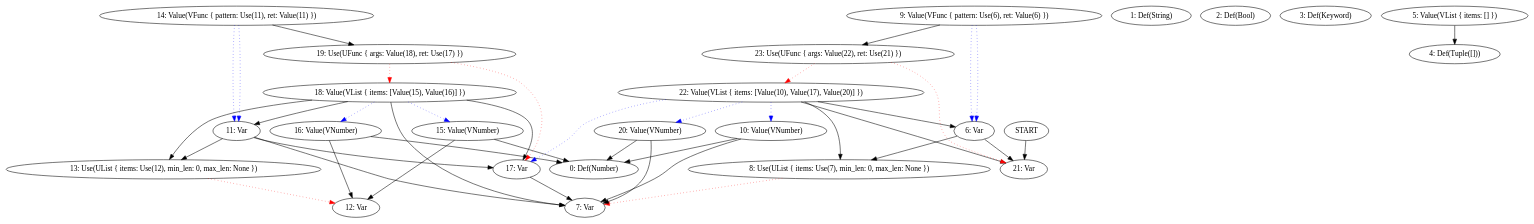
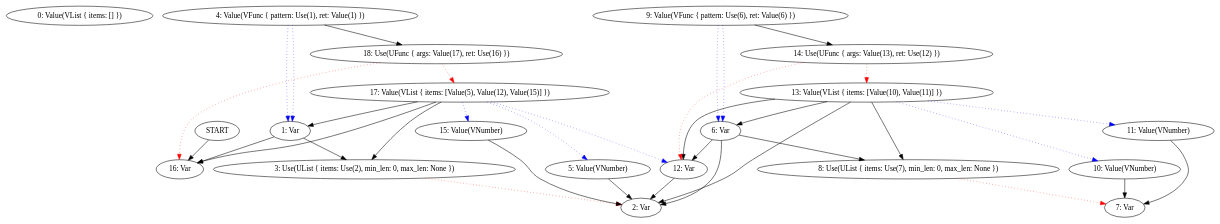
One commit to frondeus/project-s changed the diagram in docs/log/2025-06-17.md. Above: the diagram before and after it, drawn with Graphviz. The commit also changed 31 other files, not shown here.

````diff
--- a/docs/log/2025-06-17.md
+++ b/docs/log/2025-06-17.md
@@ -56,69 +56,59 @@
 ```graphviz
 digraph G {
-N0 [label="0: Def(Number)"];
-N1 [label="1: Def(String)"];
-N2 [label="2: Def(Bool)"];
-N3 [label="3: Def(Keyword)"];
-N4 [label="4: Def(Tuple([]))"];
-N5 [label="5: Value(VList { items: [] })"];
+N0 [label="0: Value(VList { items: [] })"];
+N1 [label="1: Var"];
+N2 [label="2: Var"];
+N3 [label="3: Use(UList { items: Use(2), min_len: 0, max_len: None })"];
+N4 [label="4: Value(VFunc { pattern: Use(1), ret: Value(1) })"];
+N5 [label="5: Value(VNumber)"];
 N6 [label="6: Var"];
 N7 [label="7: Var"];
 N8 [label="8: Use(UList { items: Use(7), min_len: 0, max_len: None })"];
 N9 [label="9: Value(VFunc { pattern: Use(6), ret: Value(6) })"];
 N10 [label="10: Value(VNumber)"];
-N11 [label="11: Var"];
+N11 [label="11: Value(VNumber)"];
 N12 [label="12: Var"];
-N13 [label="13: Use(UList { items: Use(12), min_len: 0, max_len: None })"];
-N14 [label="14: Value(VFunc { pattern: Use(11), ret: Value(11) })"];
+N13 [label="13: Value(VList { items: [Value(10), Value(11)] })"];
+N14 [label="14: Use(UFunc { args: Value(13), ret: Use(12) })"];
 N15 [label="15: Value(VNumber)"];
-N16 [label="16: Value(VNumber)"];
-N17 [label="17: Var"];
-N18 [label="18: Value(VList { items: [Value(15), Value(16)] })"];
-N19 [label="19: Use(UFunc { args: Value(18), ret: Use(17) })"];
-N20 [label="20: Value(VNumber)"];
-N21 [label="21: Var"];
-N22 [label="22: Value(VList { items: [Value(10), Value(17), Value(20)] })"];
-N23 [label="23: Use(UFunc { args: Value(22), ret: Use(21) })"];
-START -> N21
+N16 [label="16: Var"];
+N17 [label="17: Value(VList { items: [Value(5), Value(12), Value(15)] })"];
+N18 [label="18: Use(UFunc { args: Value(17), ret: Use(16) })"];
+START -> N16
+N3 -> N2 [color=red, style=dotted];
+N4 -> N1 [color=blue, style=dotted];
+N4 -> N1 [color=blue, style=dotted];
 N8 -> N7 [color=red, style=dotted];
 N9 -> N6 [color=blue, style=dotted];
 N9 -> N6 [color=blue, style=dotted];
-N13 -> N12 [color=red, style=dotted];
-N14 -> N11 [color=blue, style=dotted];
-N14 -> N11 [color=blue, style=dotted];
-N18 -> N15 [color=blue, style=dotted];
-N18 -> N16 [color=blue, style=dotted];
-N19 -> N18 [color=red, style=dotted];
-N19 -> N17 [color=red, style=dotted];
-N22 -> N10 [color=blue, style=dotted];
-N22 -> N17 [color=blue, style=dotted];
-N22 -> N20 [color=blue, style=dotted];
-N23 -> N22 [color=red, style=dotted];
-N23 -> N21 [color=red, style=dotted];
-N5 -> N4;
+N13 -> N10 [color=blue, style=dotted];
+N13 -> N11 [color=blue, style=dotted];
+N14 -> N13 [color=red, style=dotted];
+N14 -> N12 [color=red, style=dotted];
+N17 -> N5 [color=blue, style=dotted];
+N17 -> N12 [color=blue, style=dotted];
+N17 -> N15 [color=blue, style=dotted];
+N18 -> N17 [color=red, style=dotted];
+N18 -> N16 [color=red, style=dotted];
+N1 -> N3;
+N1 -> N16;
+N4 -> N18;
+N5 -> N2;
 N6 -> N8;
-N6 -> N21;
-N9 -> N23;
-N10 -> N0;
+N6 -> N12;
+N6 -> N2;
+N9 -> N14;
 N10 -> N7;
-N11 -> N13;
-N11 -> N17;
 N11 -> N7;
-N14 -> N19;
-N15 -> N0;
-N15 -> N12;
-N16 -> N0;
-N16 -> N12;
-N17 -> N7;
-N18 -> N11;
-N18 -> N17;
-N18 -> N13;
-N18 -> N7;
-N20 -> N0;
-N20 -> N7;
-N22 -> N6;
-N22 -> N21;
-N22 -> N8;
+N12 -> N2;
+N13 -> N6;
+N13 -> N12;
+N13 -> N8;
+N13 -> N2;
+N15 -> N2;
+N17 -> N1;
+N17 -> N16;
+N17 -> N3;
 }
 
 ```
````
